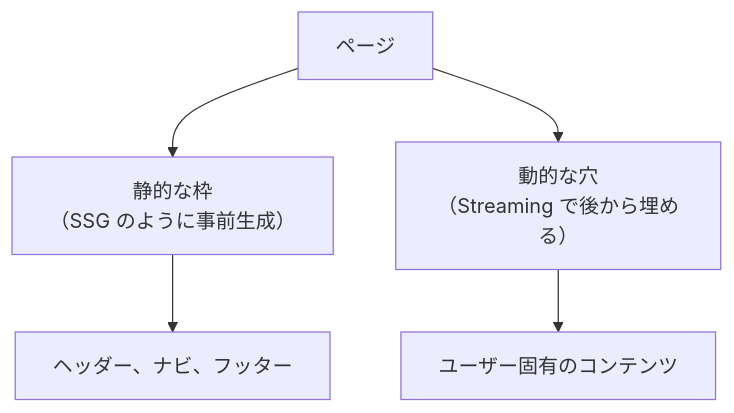
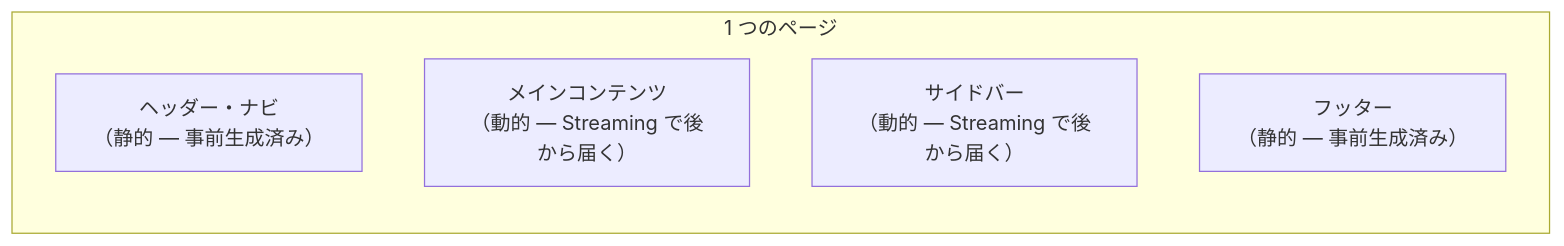
Before and after one commit to ozaki25/web-front-training-ozaki25: the sixth of 7 diagrams in docs/drafts/004/index.md, drawn with Mermaid. The commit also changed other lines of this file, not shown here.

First line of the commit message:
SSG/ISR を薄くし、図と表中心に書き直し

````diff
--- a/docs/drafts/004/index.md
+++ b/docs/drafts/004/index.md
@@ -149,8 +118,10 @@
 ```mermaid
 flowchart TB
-  Page["ページ"]
-  Page --> Static["静的な枠\n（SSG のように事前生成）"]
-  Page --> Dynamic["動的な穴\n（Streaming で後から埋める）"]
-  Static --> Header["ヘッダー、ナビ、フッター"]
-  Dynamic --> Content["ユーザー固有のコンテンツ"]
+  subgraph page["1 つのページ"]
+    direction TB
+    Header["ヘッダー・ナビ\n（静的 — 事前生成済み）"]
+    Content["メインコンテンツ\n（動的 — Streaming で後から届く）"]
+    Sidebar["サイドバー\n（動的 — Streaming で後から届く）"]
+    Footer["フッター\n（静的 — 事前生成済み）"]
+  end
 ```
````
